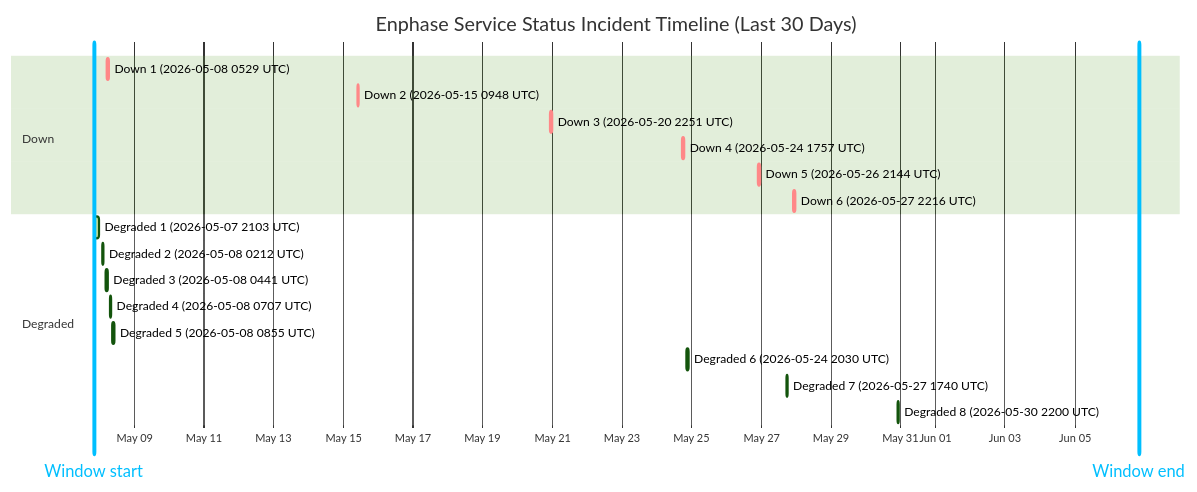
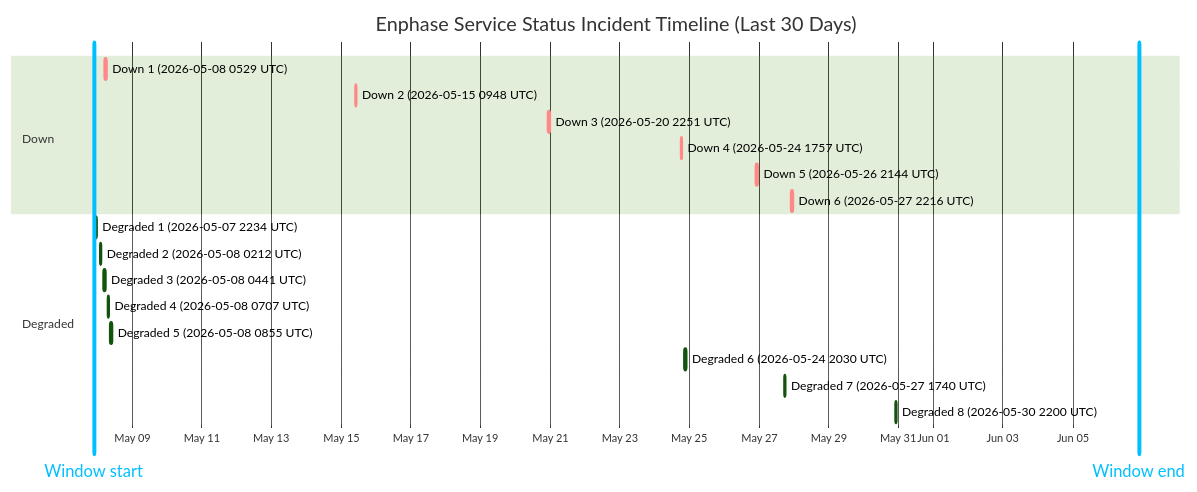
The diagram in wiki/Service-Status-History.md (barneyonline/ha-enphase-energy), drawn with Mermaid (forest theme) before and after one commit. The commit also changed other lines of this file and 3 other files, not shown here.

````diff
--- a/wiki/Service-Status-History.md
+++ b/wiki/Service-Status-History.md
@@ -14,24 +14,24 @@
 ```mermaid
 gantt
     title Enphase Service Status Incident Timeline (Last 30 Days)
     dateFormat  YYYY-MM-DDTHH:mm:ss
     axisFormat  %b %d
-    Window start :vert, window-start, 2026-05-07T20:07:40, 0ms
-    Window end :vert, window-end, 2026-06-06T20:07:40, 0ms
+    Window start :vert, window-start, 2026-05-07T21:36:43, 0ms
+    Window end :vert, window-end, 2026-06-06T21:36:43, 0ms
     section Down
     Down 1 (2026-05-08 0529 UTC) :crit, down-1, 2026-05-08T05:29:47, 60m
     Down 2 (2026-05-15 0948 UTC) :crit, down-2, 2026-05-15T09:48:18, 60m
     Down 3 (2026-05-20 2251 UTC) :crit, down-3, 2026-05-20T22:51:14, 75m
     Down 4 (2026-05-24 1757 UTC) :crit, down-4, 2026-05-24T17:57:41, 86m
     Down 5 (2026-05-26 2144 UTC) :crit, down-5, 2026-05-26T21:44:11, 85m
     Down 6 (2026-05-27 2216 UTC) :crit, down-6, 2026-05-27T22:16:53, 87m
     section Degraded
-    Degraded 1 (2026-05-07 2103 UTC) :active, degraded-1, 2026-05-07T21:03:21, 168m
+    Degraded 1 (2026-05-07 2234 UTC) :active, degraded-1, 2026-05-07T22:34:13, 77m
     Degraded 2 (2026-05-08 0212 UTC) :active, degraded-2, 2026-05-08T02:12:39, 60m
     Degraded 3 (2026-05-08 0441 UTC) :active, degraded-3, 2026-05-08T04:41:46, 60m
     Degraded 4 (2026-05-08 0707 UTC) :active, degraded-4, 2026-05-08T07:07:30, 60m
     Degraded 5 (2026-05-08 0855 UTC) :active, degraded-5, 2026-05-08T08:55:20, 88m
     Degraded 6 (2026-05-24 2030 UTC) :active, degraded-6, 2026-05-24T20:30:57, 84m
     Degraded 7 (2026-05-27 1740 UTC) :active, degraded-7, 2026-05-27T17:40:52, 60m
     Degraded 8 (2026-05-30 2200 UTC) :active, degraded-8, 2026-05-30T22:00:37, 60m
 ```
````
